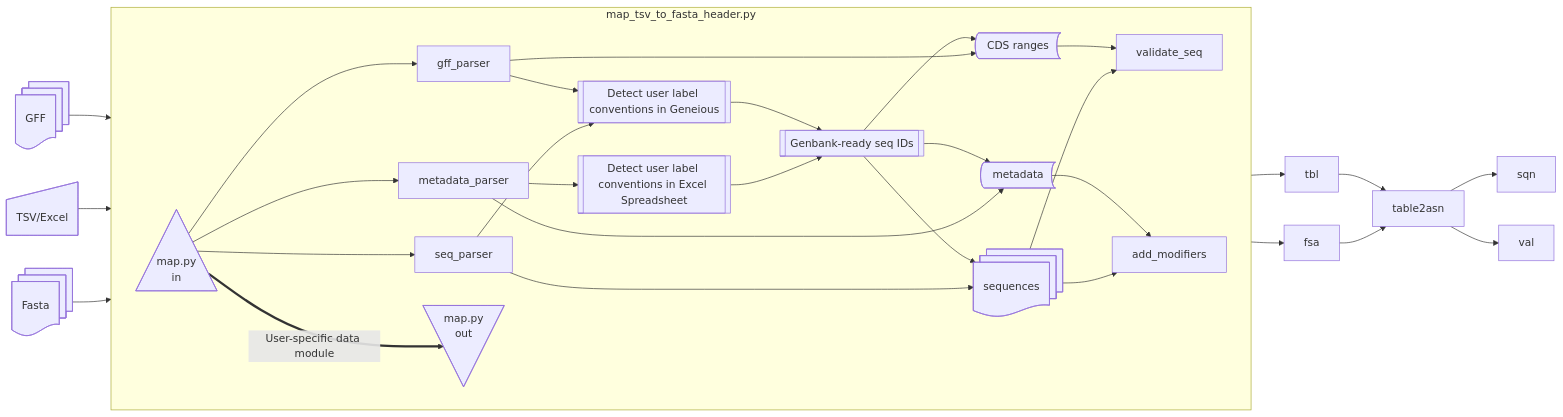
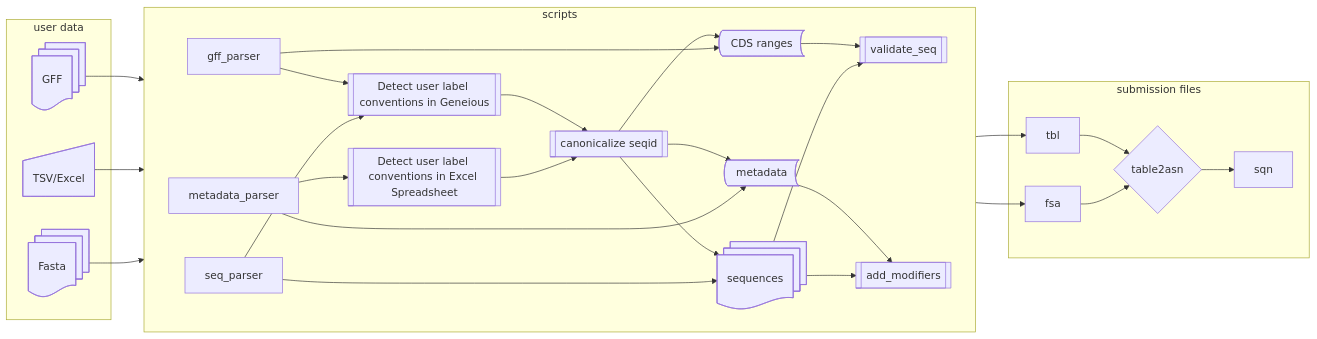
The diagram in README.md (meekrob/mayo-lab-genbank), drawn with Mermaid before and after one commit.

Commit message:
Division/organization with subgraphs

````diff
--- a/README.md
+++ b/README.md
@@ -8,52 +8,62 @@
 ```mermaid
 graph LR;
-    Py_in@{ shape: tri, label: "map.py\nin" }
-    Py_out@{ shape: manual-file, label: "map.py\nout" }
     user_annot@{ shape: manual-input, label: "TSV/Excel" }
     Fasta@{ shape: docs }
     GFF@{ shape: docs }
     user_variation_geneious@{ shape: subproc, label: "Detect user label conventions in Geneious"}
     user_variation_xl@{ shape: subproc, label: "Detect user label conventions in Excel Spreadsheet"}
-    canonical_seqid@{ shape: subproc, label: "Genbank-ready seq IDs"}
+    canonical_seqid@{ shape: subproc, label: "canonicalize seqid"}
+    add_modifiers@{ shape: subproc}
+    validate_seq@{ shape: subproc}
+    table2asn@{ shape: diamond}
 
     CDS@{ shape: bow-rect, label: "CDS ranges" }
     sequences@{ shape: docs }
     metadata@{ shape: bow-rect, label: "metadata"}; 
 
+    subgraph "user data"
+    GFF;
+    user_annot;
+    Fasta;
+    end
 
-    GFF-->map_tsv_to_fasta_header.py;
-    user_annot-->map_tsv_to_fasta_header.py;
-    Fasta-->map_tsv_to_fasta_header.py;
+    
+    GFF-->gff_parser;
+    user_annot-->metadata_parser;
+    Fasta-->seq_parser;
 
-    subgraph map_tsv_to_fasta_header.py
+
+    subgraph scripts
         direction LR
-        Py_in-->seq_parser;
-        Py_in-->gff_parser;
-        Py_in-->metadata_parser;
         seq_parser-->user_variation_geneious;
         seq_parser-->sequences;
         gff_parser-->user_variation_geneious;
         gff_parser-->CDS;
         canonical_seqid-->CDS;
         metadata_parser-->user_variation_xl;
         metadata_parser-->metadata;
         canonical_seqid-->metadata;
         canonical_seqid-->sequences;
         user_variation_xl-->canonical_seqid;
         user_variation_geneious-->canonical_seqid;
-        Py_in== User-specific data module ==>Py_out;
         sequences-->validate_seq;
         sequences-->add_modifiers;
         CDS-->validate_seq;
         metadata-->add_modifiers;
         
     end
+
     validate_seq-->tbl;
     add_modifiers-->fsa;
     table2asn-->sqn;
     tbl-->table2asn;
     fsa-->table2asn;
-    
-    table2asn-->val;
+
+    subgraph "submission files"
+        table2asn
+        tbl
+        fsa
+        sqn
+    end
 
 ```
````
